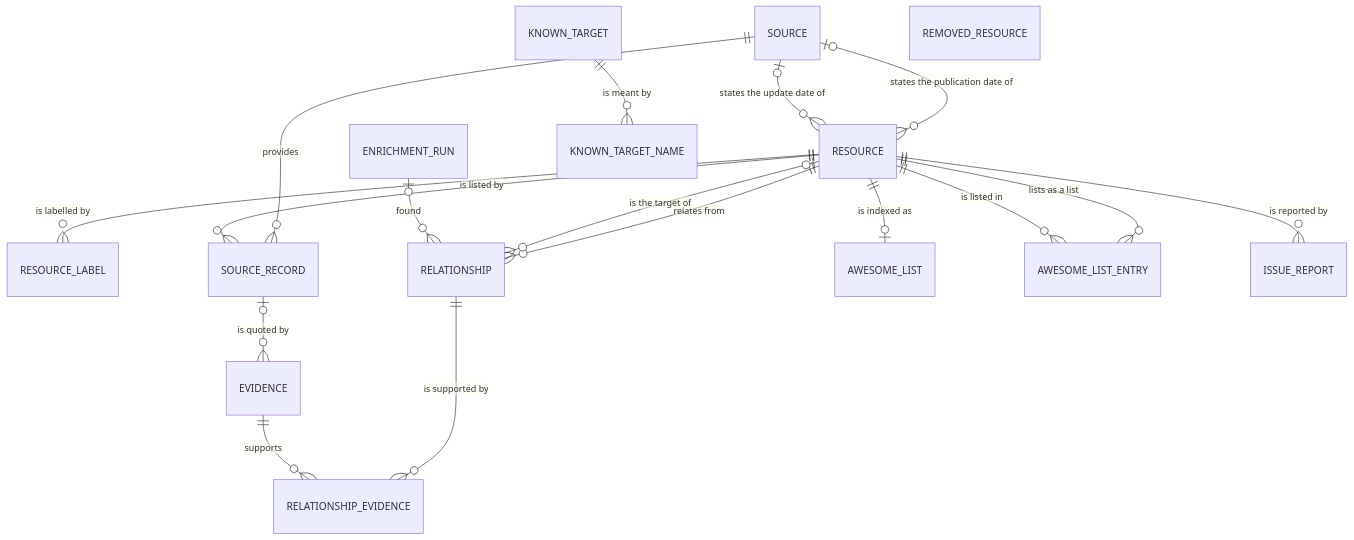
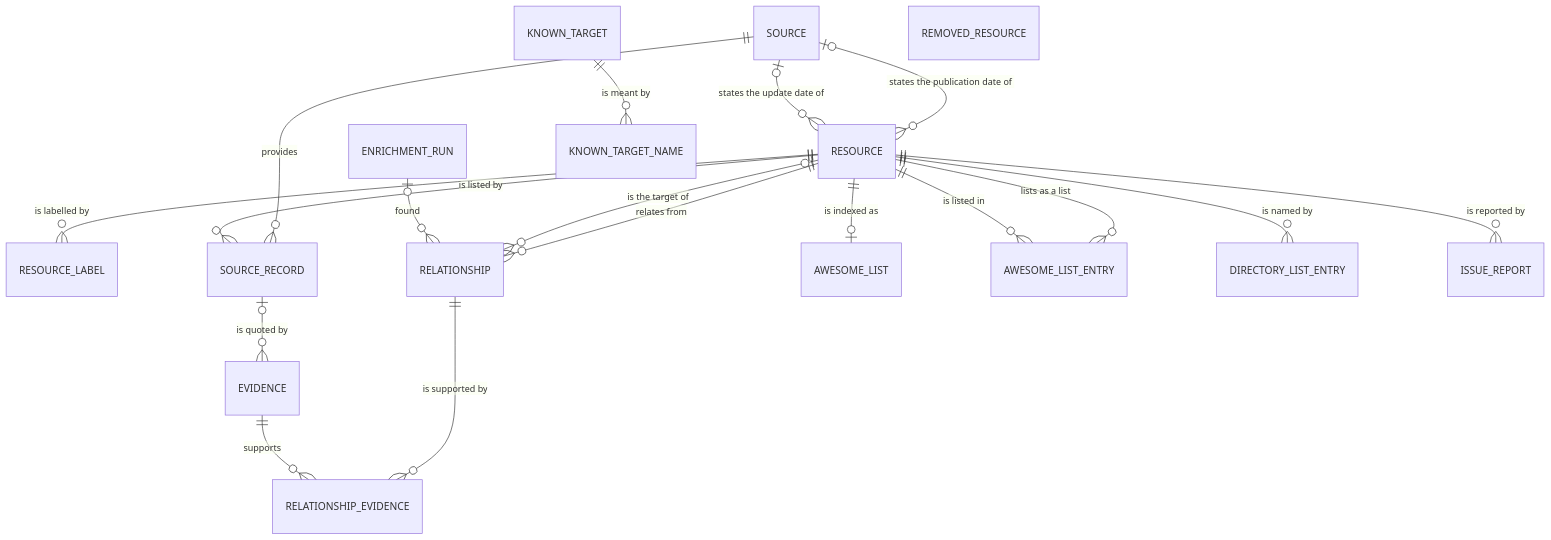
Before and after one commit to silvioincalza/helper2.ai: the diagram in docs/entity_model/catalog.md, drawn with Mermaid. The commit also changed other lines of this file and 59 other files, not shown here.

First line of the commit message:
feat(scout): reading lists is its own use case and a directory list is never a resource

````diff
--- a/docs/entity_model/catalog.md
+++ b/docs/entity_model/catalog.md
@@ -7,20 +7,21 @@
 ```mermaid
 erDiagram
     SOURCE |o--o{ RESOURCE : "states the publication date of"
     SOURCE |o--o{ RESOURCE : "states the update date of"
     RESOURCE ||--o{ RESOURCE_LABEL : "is labelled by"
     SOURCE ||--o{ SOURCE_RECORD : "provides"
     RESOURCE ||--o{ SOURCE_RECORD : "is listed by"
     SOURCE_RECORD |o--o{ EVIDENCE : "is quoted by"
     RESOURCE ||--o{ RELATIONSHIP : "relates from"
     RESOURCE |o--o{ RELATIONSHIP : "is the target of"
     ENRICHMENT_RUN |o--o{ RELATIONSHIP : "found"
     RELATIONSHIP ||--o{ RELATIONSHIP_EVIDENCE : "is supported by"
     EVIDENCE ||--o{ RELATIONSHIP_EVIDENCE : "supports"
     RESOURCE ||--o| AWESOME_LIST : "is indexed as"
     RESOURCE ||--o{ AWESOME_LIST_ENTRY : "lists as a list"
     RESOURCE ||--o{ AWESOME_LIST_ENTRY : "is listed in"
+    RESOURCE ||--o{ DIRECTORY_LIST_ENTRY : "is named by"
     KNOWN_TARGET ||--o{ KNOWN_TARGET_NAME : "is meant by"
     RESOURCE ||--o{ ISSUE_REPORT : "is reported by"
     REMOVED_RESOURCE
 ```
````
